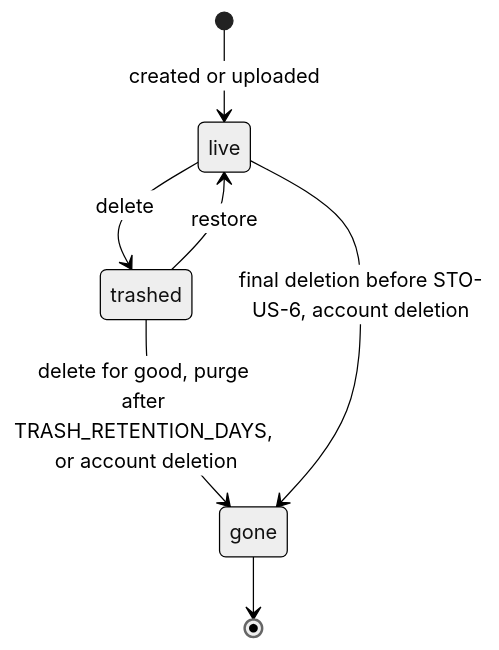
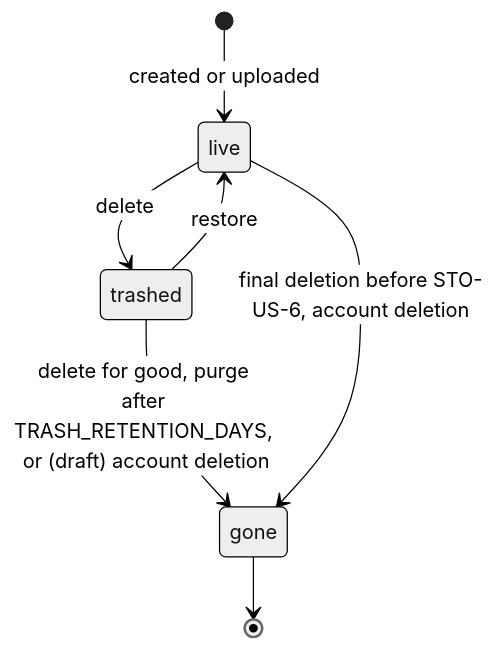
The third of 3 diagrams in gam-ai-knowledge/concepts/storage-core.md (trutscf1/ITP), drawn with Mermaid (neutral theme) before and after one commit. The commit also changed other lines of this file and 6 other files, not shown here.

First line of the commit message:
docs(repo): fix the third adversarial cycle of R5 and defer account deletion [no-req]

````diff
--- a/gam-ai-knowledge/concepts/storage-core.md
+++ b/gam-ai-knowledge/concepts/storage-core.md
@@ -935,9 +966,9 @@
 ```mermaid
 stateDiagram-v2
     [*] --> live: created or uploaded
     live --> trashed: delete
     trashed --> live: restore
-    trashed --> gone: delete for good, purge after TRASH_RETENTION_DAYS, or account deletion
+    trashed --> gone: delete for good, purge after TRASH_RETENTION_DAYS, or (draft) account deletion
     live --> gone: final deletion before STO-US-6, account deletion
     gone --> [*]
 ```
````
